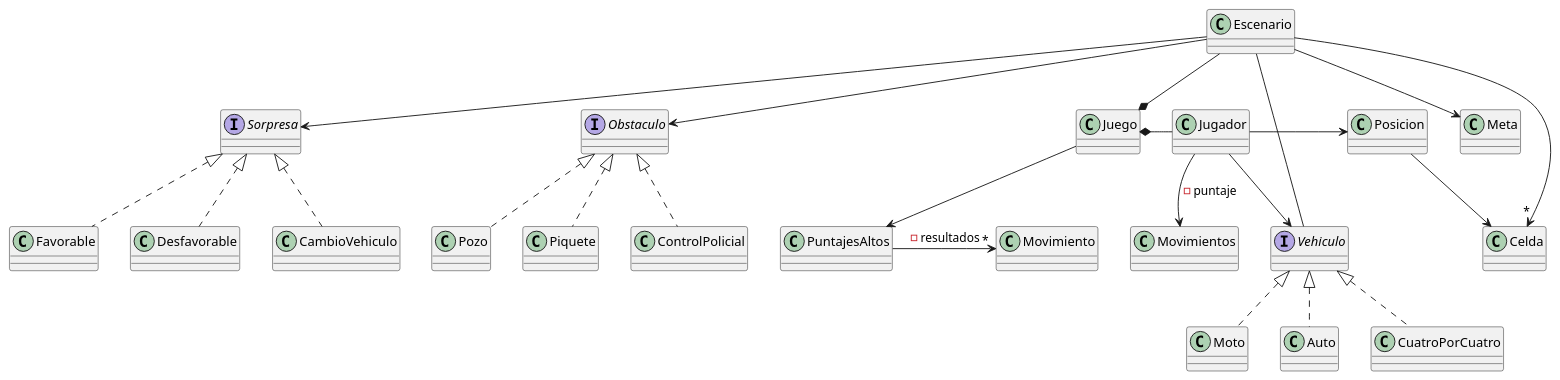
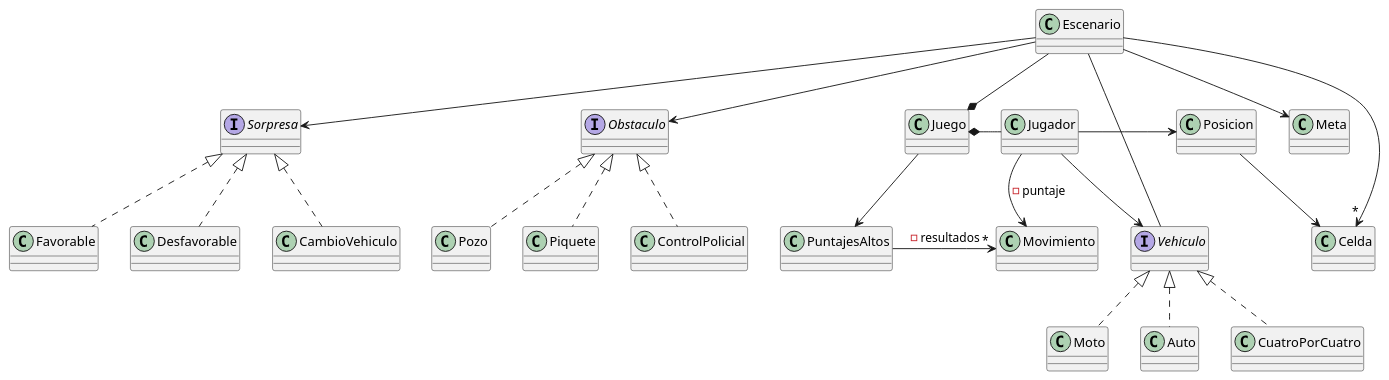
Before and after one commit to rodrigovzq/algo3_tp2: the diagram in diagrams/borradores/DiagramaClase_v0.puml, drawn with PlantUML.

Commit message:
Correción typo

```diff
--- a/diagrams/borradores/DiagramaClase_v0.puml
+++ b/diagrams/borradores/DiagramaClase_v0.puml
@@ -1,87 +1,87 @@
 @startuml
 ' Esto es un primer panorama de todos los clases/interfaces que
 'se nos ocurrieron al principio.
 
 ' Luego pasamos al diagramas de secuencia, para pensar la interacción
 'de cada clase con otras, se nos ocurrieron nuevas ideas, por lo que
 'este diagrama de clases puede que no sea 100% congruente con los
 'DSecuencia. Principalmente las relaciones, quien tiene a quien.
 
 interface Obstaculo
 Pozo .up.|> Obstaculo
 Piquete .up.|> Obstaculo
 ControlPolicial .up.|> Obstaculo
 
 interface Sorpresa
 Favorable .up.|> Sorpresa
 Desfavorable .up.|> Sorpresa
 CambioVehiculo .up.|> Sorpresa
 
 interface Vehiculo
 Moto .up.|> Vehiculo
 Auto .up.|> Vehiculo
 CuatroPorCuatro .up.|> Vehiculo
 
 'Clase que representa el estado del jugador.
 class Jugador{
 'Nombre, Puntaje, Vehiculo...
 }
 Jugador -down-> Vehiculo
 Jugador -> Posicion
-Jugador --> Movimientos: - puntaje
+Jugador --> Movimiento: - puntaje
 'Clase que encargada de la lógica del juego
 class Juego
 Juego *-right- Jugador
 Juego *-up- Escenario
 Juego --> PuntajesAltos
 
 'Clase que representa cada manzana del mapa.
 class Celda
 
 'Clase que encapsula el lugar donde se mueve el jugador/vehículo.
 class Escenario{
 'Podemos pensar al mapa como
 '1. Una matriz dinámica de celdas
 '2. un grafo ya que no tiene un tamaño fijo,
 'por lo que la celda tendría conocimiento de sus adyacentes
 }
 '¿Quien tiene el obstaculo/sorpresa? ¿Escenario o cada celda?
 Escenario -->  Obstaculo
 Escenario --> Sorpresa
 Escenario -down-> Meta
 Escenario -> "*" Celda
 Vehiculo -- Escenario
 'Clase/interfaz/Flag que identifique a una celda como el lugar
 'a llegar.
 class Meta
 
 'Clase encargada de tener puntajes de partidas anteriores
 'ordenadas por cantidad de movimientos.
 class PuntajesAltos
 PuntajesAltos -> "*" Movimiento: - resultados
 
 
 'Clase encargada de tener la información sobre la ubicación
 'del jugador.
 class Posicion
 Posicion --> Celda
 
 'Clase que encapsula la logica de movimientos.
 class Movimiento{
 'Se nos ocurrio para que que el jugador tenga un
 'puntaje: Movimiento, para poder delegar la suma, resta,
 'descuento o aumento de movimientos.
 }
 
 
 
 
 
 
 
 
 
 
 
 
 @enduml
```
